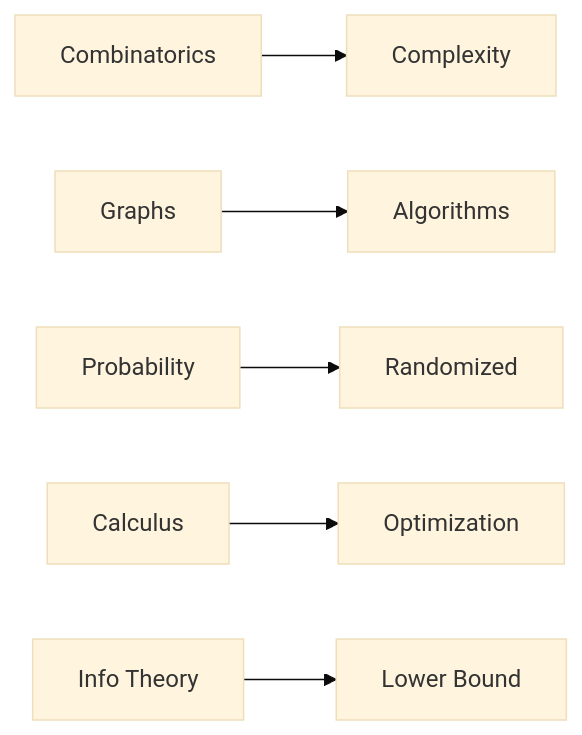
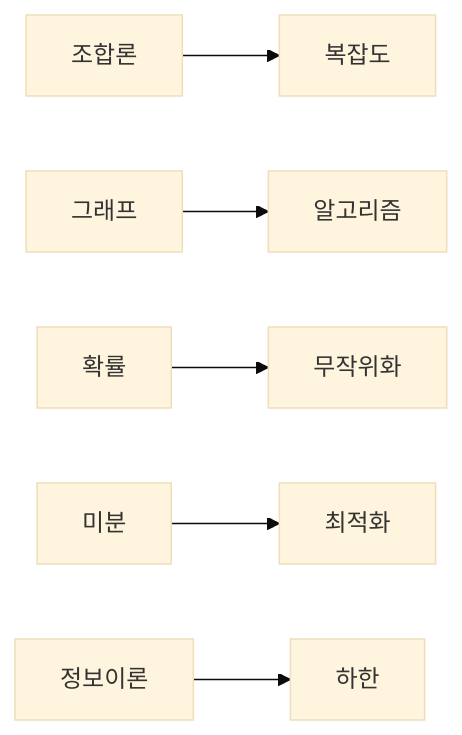
One commit to yeongseon-books/book-content changed the diagram in content/math-for-cs-101/ko/10-algorithms-and-math.md. Above: the diagram before and after it, drawn with Mermaid (base theme). The commit also changed other lines of this file and 8 other files, not shown here.

````diff
--- a/content/math-for-cs-101/ko/10-algorithms-and-math.md
+++ b/content/math-for-cs-101/ko/10-algorithms-and-math.md
@@ -33,8 +45,8 @@
 ```mermaid
 flowchart LR
-    A[Combinatorics] --> X[Complexity]
-    B[Graphs] --> Y[Algorithms]
-    C[Probability] --> Z[Randomized]
-    D[Calculus] --> W[Optimization]
-    E[Info Theory] --> V[Lower Bound]
+    A["조합론"] --> X["복잡도"]
+    B["그래프"] --> Y["알고리즘"]
+    C["확률"] --> Z["무작위화"]
+    D["미분"] --> W["최적화"]
+    E["정보이론"] --> V["하한"]
 ```
````
